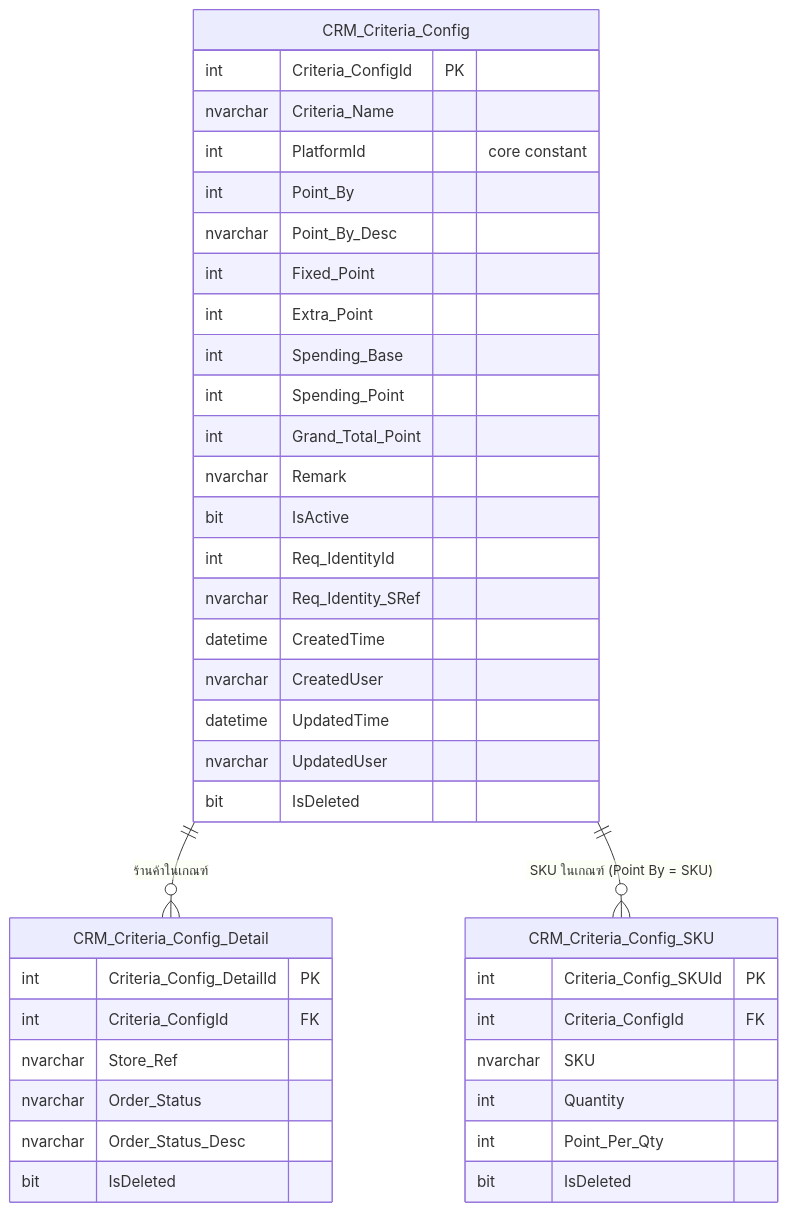
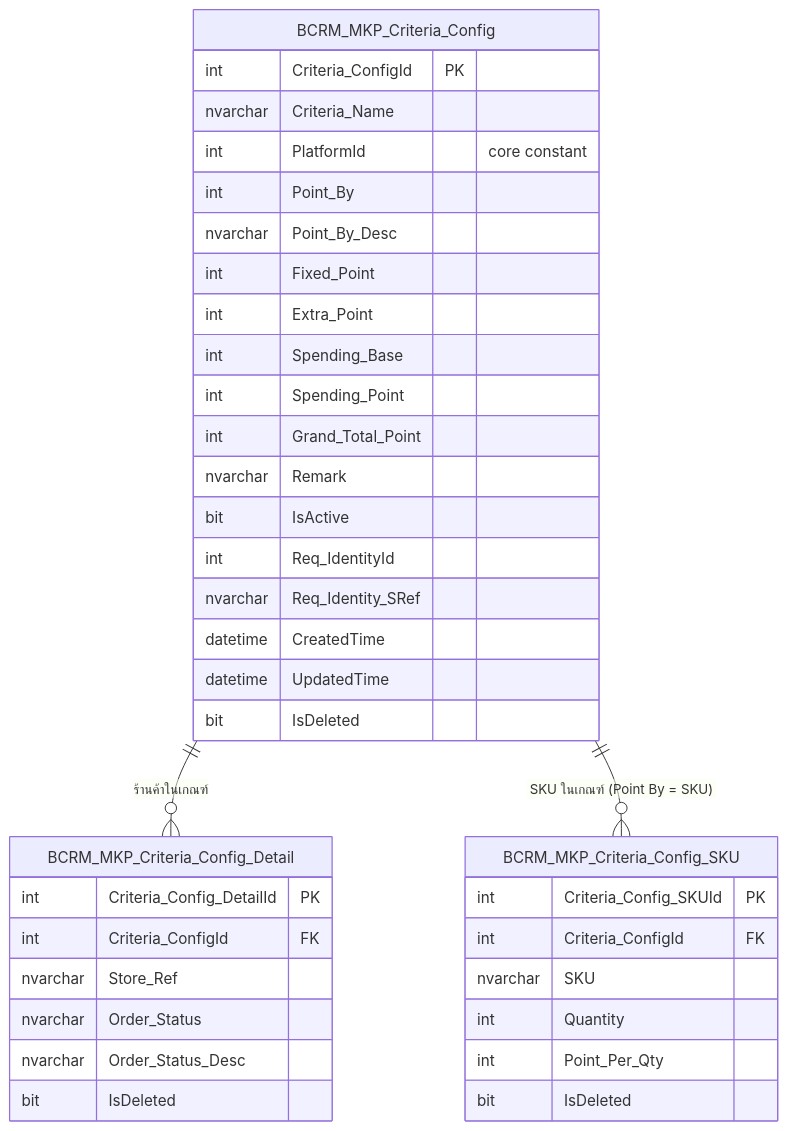
Before and after one commit to paothanapon-chococrm/obs-chococrm-me: the diagram in content/Marketplace-Point-Criteria/01-Schema.md, drawn with Mermaid. The commit also changed other lines of this file and 19 other files, not shown here.

````diff
--- a/content/Marketplace-Point-Criteria/01-Schema.md
+++ b/content/Marketplace-Point-Criteria/01-Schema.md
@@ -7,45 +7,43 @@
 ```mermaid
 erDiagram
-    CRM_Criteria_Config ||--o{ CRM_Criteria_Config_Detail : "ร้านค้าในเกณฑ์"
-    CRM_Criteria_Config ||--o{ CRM_Criteria_Config_SKU : "SKU ในเกณฑ์ (Point By = SKU)"
+    BCRM_MKP_Criteria_Config ||--o{ BCRM_MKP_Criteria_Config_Detail : "ร้านค้าในเกณฑ์"
+    BCRM_MKP_Criteria_Config ||--o{ BCRM_MKP_Criteria_Config_SKU : "SKU ในเกณฑ์ (Point By = SKU)"
 
-    CRM_Criteria_Config {
+    BCRM_MKP_Criteria_Config {
         int Criteria_ConfigId PK
         nvarchar Criteria_Name
         int PlatformId "core constant"
         int Point_By
         nvarchar Point_By_Desc
         int Fixed_Point
         int Extra_Point
         int Spending_Base
         int Spending_Point
         int Grand_Total_Point
         nvarchar Remark
         bit IsActive
         int Req_IdentityId
         nvarchar Req_Identity_SRef
         datetime CreatedTime
-        nvarchar CreatedUser
         datetime UpdatedTime
-        nvarchar UpdatedUser
         bit IsDeleted
     }
 
-    CRM_Criteria_Config_Detail {
+    BCRM_MKP_Criteria_Config_Detail {
         int Criteria_Config_DetailId PK
         int Criteria_ConfigId FK
         nvarchar Store_Ref
         nvarchar Order_Status
         nvarchar Order_Status_Desc
         bit IsDeleted
     }
 
-    CRM_Criteria_Config_SKU {
+    BCRM_MKP_Criteria_Config_SKU {
         int Criteria_Config_SKUId PK
         int Criteria_ConfigId FK
         nvarchar SKU
         int Quantity
         int Point_Per_Qty
         bit IsDeleted
     }
 ```
````
